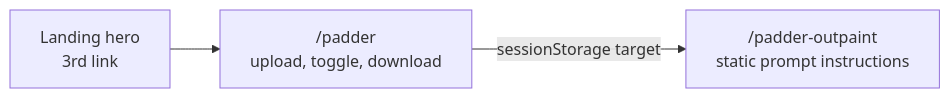
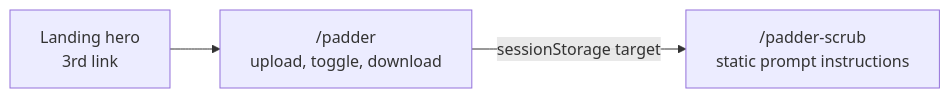
The fifth of 5 diagrams in plans/implan-scryfall-scan-padder/MENTAL_MODEL.md (alfredskeden/mpctools), drawn with Mermaid before and after one commit. The commit also changed other lines of this file and 21 other files, not shown here.

````diff
--- a/plans/implan-scryfall-scan-padder/MENTAL_MODEL.md
+++ b/plans/implan-scryfall-scan-padder/MENTAL_MODEL.md
@@ -116,5 +116,5 @@
 ```mermaid
 flowchart LR
   L["Landing hero<br/>3rd link"] --> PA["/padder<br/>upload, toggle, download"]
-  PA -->|"sessionStorage target"| PO["/padder-outpaint<br/>static prompt instructions"]
+  PA -->|"sessionStorage target"| PO["/padder-scrub<br/>static prompt instructions"]
 ```
````
